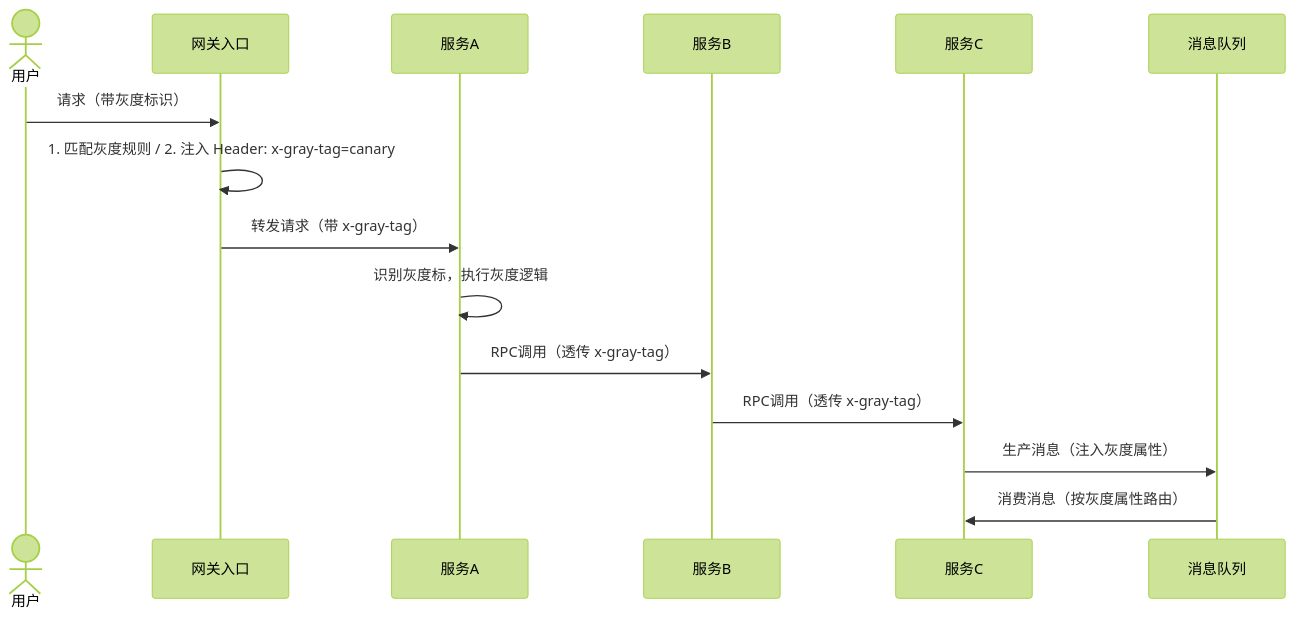
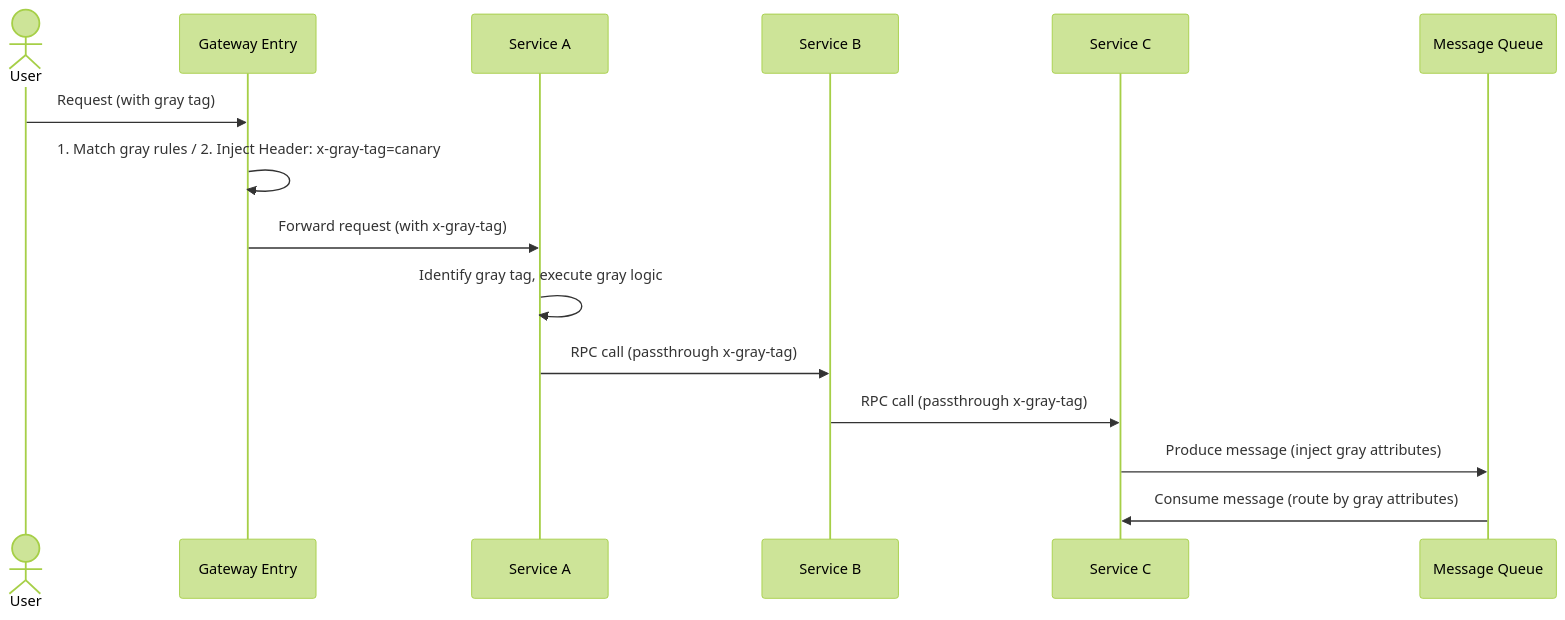
The fourth of 9 diagrams in templates/产品/交付层/【模板】灰度方案.md (Kirky-X/cangjie), drawn with Mermaid (forest theme) before and after one commit. The commit also changed other lines of this file and 60 other files, not shown here.

````diff
--- a/templates/产品/交付层/【模板】灰度方案.md
+++ b/templates/产品/交付层/【模板】灰度方案.md
@@ -188,18 +188,18 @@
 ```mermaid
 sequenceDiagram
-    actor U as 用户
-    participant GW as 网关入口
-    participant S1 as 服务A
-    participant S2 as 服务B
-    participant S3 as 服务C
-    participant MQ as 消息队列
+    actor U as User
+    participant GW as Gateway Entry
+    participant S1 as Service A
+    participant S2 as Service B
+    participant S3 as Service C
+    participant MQ as Message Queue
 
-    U->>GW: 请求（带灰度标识）
-    GW->>GW: 1. 匹配灰度规则 / 2. 注入 Header: x-gray-tag=canary
-    GW->>S1: 转发请求（带 x-gray-tag）
-    S1->>S1: 识别灰度标，执行灰度逻辑
-    S1->>S2: RPC调用（透传 x-gray-tag）
-    S2->>S3: RPC调用（透传 x-gray-tag）
-    S3->>MQ: 生产消息（注入灰度属性）
-    MQ->>S3: 消费消息（按灰度属性路由）
+    U->>GW: Request (with gray tag)
+    GW->>GW: 1. Match gray rules / 2. Inject Header: x-gray-tag=canary
+    GW->>S1: Forward request (with x-gray-tag)
+    S1->>S1: Identify gray tag, execute gray logic
+    S1->>S2: RPC call (passthrough x-gray-tag)
+    S2->>S3: RPC call (passthrough x-gray-tag)
+    S3->>MQ: Produce message (inject gray attributes)
+    MQ->>S3: Consume message (route by gray attributes)
 ```
````
